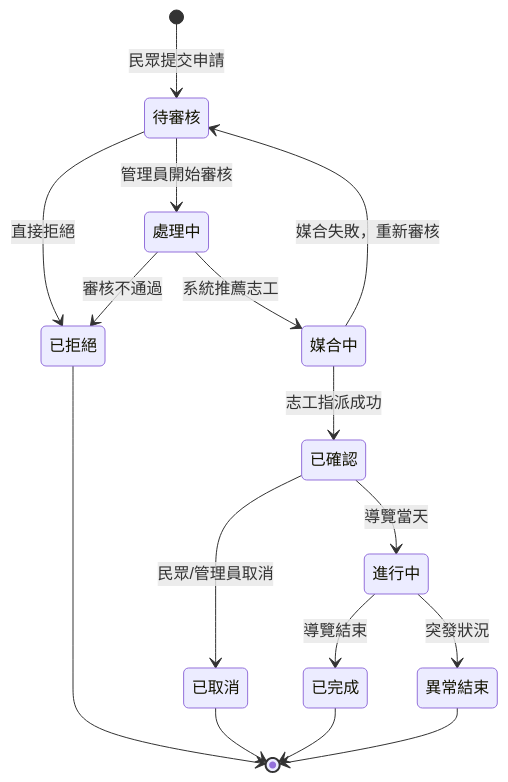
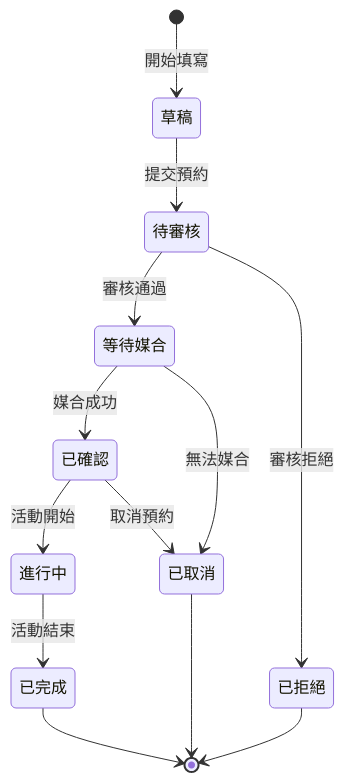
One commit to FireJosh/ttfd-civic-tech-2025 changed the first of 2 diagrams in README.md. Above: the diagram before and after it, drawn with Mermaid. The commit also changed other lines of this file, not shown here.

````diff
--- a/README.md
+++ b/README.md
@@ -214,24 +251,15 @@
 ```mermaid
 stateDiagram-v2
-    [*] --> 待審核 : 民眾提交申請
-    
-    待審核 --> 處理中 : 管理員開始審核
-    待審核 --> 已拒絕 : 直接拒絕
-    
-    處理中 --> 媒合中 : 系統推薦志工
-    處理中 --> 已拒絕 : 審核不通過
-    
-    媒合中 --> 已確認 : 志工指派成功
-    媒合中 --> 待審核 : 媒合失敗，重新審核
-    
-    已確認 --> 進行中 : 導覽當天
-    已確認 --> 已取消 : 民眾/管理員取消
-    
-    進行中 --> 已完成 : 導覽結束
-    進行中 --> 異常結束 : 突發狀況
-    
+    [*] --> 草稿: 開始填寫
+    草稿 --> 待審核: 提交預約
+    待審核 --> 等待媒合: 審核通過
+    待審核 --> 已拒絕: 審核拒絕
+    等待媒合 --> 已確認: 媒合成功
+    等待媒合 --> 已取消: 無法媒合
+    已確認 --> 進行中: 活動開始
+    已確認 --> 已取消: 取消預約
+    進行中 --> 已完成: 活動結束
+    已完成 --> [*]
     已拒絕 --> [*]
     已取消 --> [*]
-    已完成 --> [*]
-    異常結束 --> [*]
 ```
````
